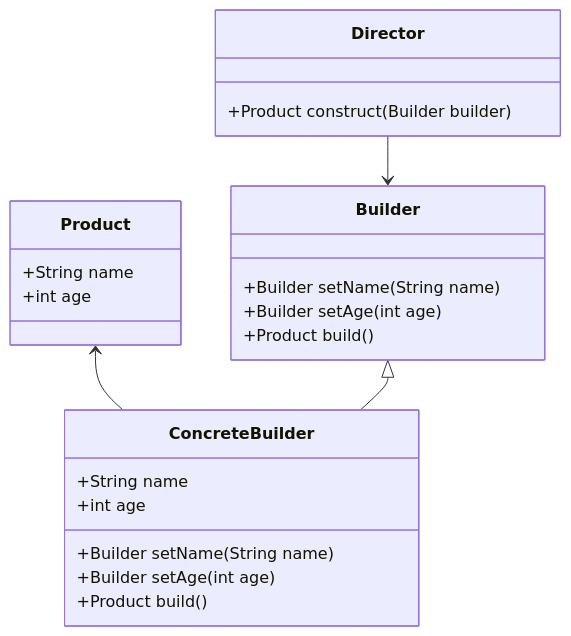
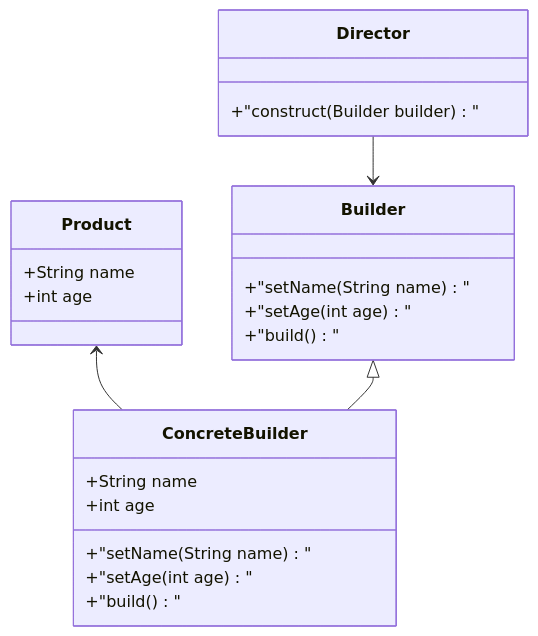
One commit to 42jerrykim/42jerrykim.github.io changed the first of 5 diagrams in content/post/2024/2024-08-22-builder/index.md. Above: the diagram before and after it, drawn with Mermaid. The commit also changed other lines of this file and 239 other files, not shown here.

````diff
--- a/content/post/2024/2024-08-22-builder/index.md
+++ b/content/post/2024/2024-08-22-builder/index.md
@@ -157,29 +185,25 @@
 ```mermaid
 classDiagram
     class Product {
         +String name
         +int age
     }
-    
     class Builder {
-        +Builder setName(String name)
-        +Builder setAge(int age)
-        +Product build()
+        +"setName(String name)"
+        +"setAge(int age)"
+        +"build()"
     }
-    
     class ConcreteBuilder {
         +String name
         +int age
-        +Builder setName(String name)
-        +Builder setAge(int age)
-        +Product build()
+        +"setName(String name)"
+        +"setAge(int age)"
+        +"build()"
     }
-    
     class Director {
-        +Product construct(Builder builder)
+        +"construct(Builder builder)"
     }
-    
     Product <-- ConcreteBuilder
     Builder <|-- ConcreteBuilder
     Director --> Builder
 ```
````
